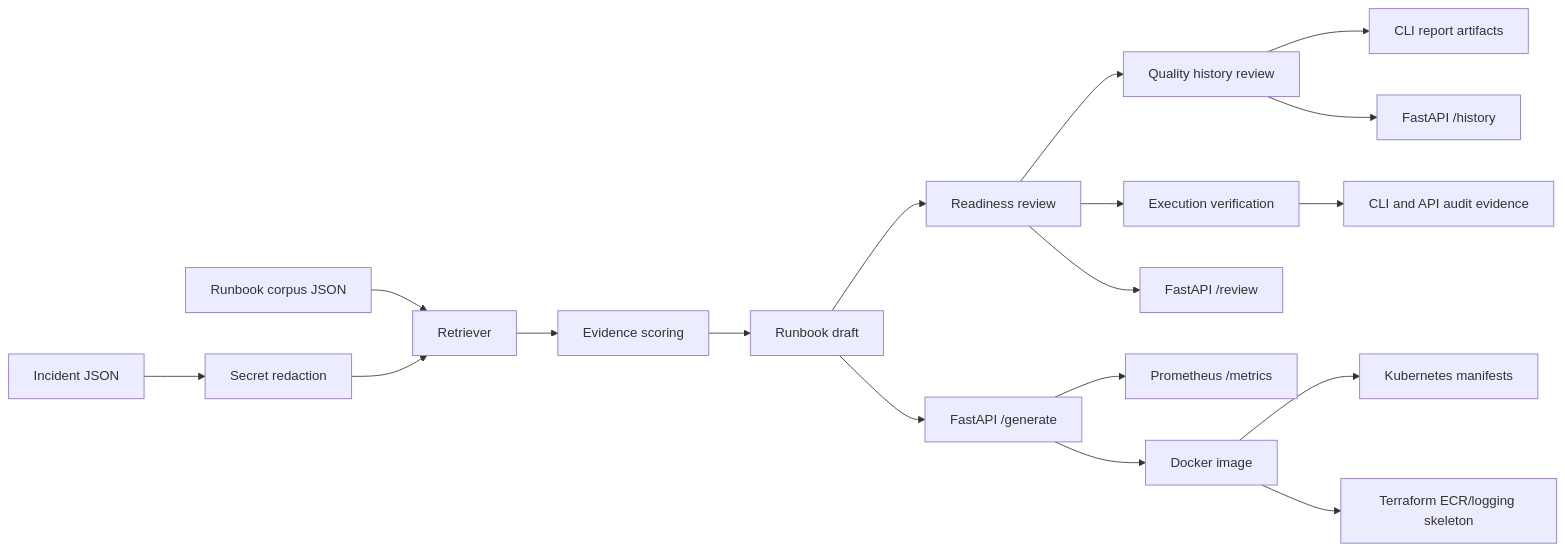
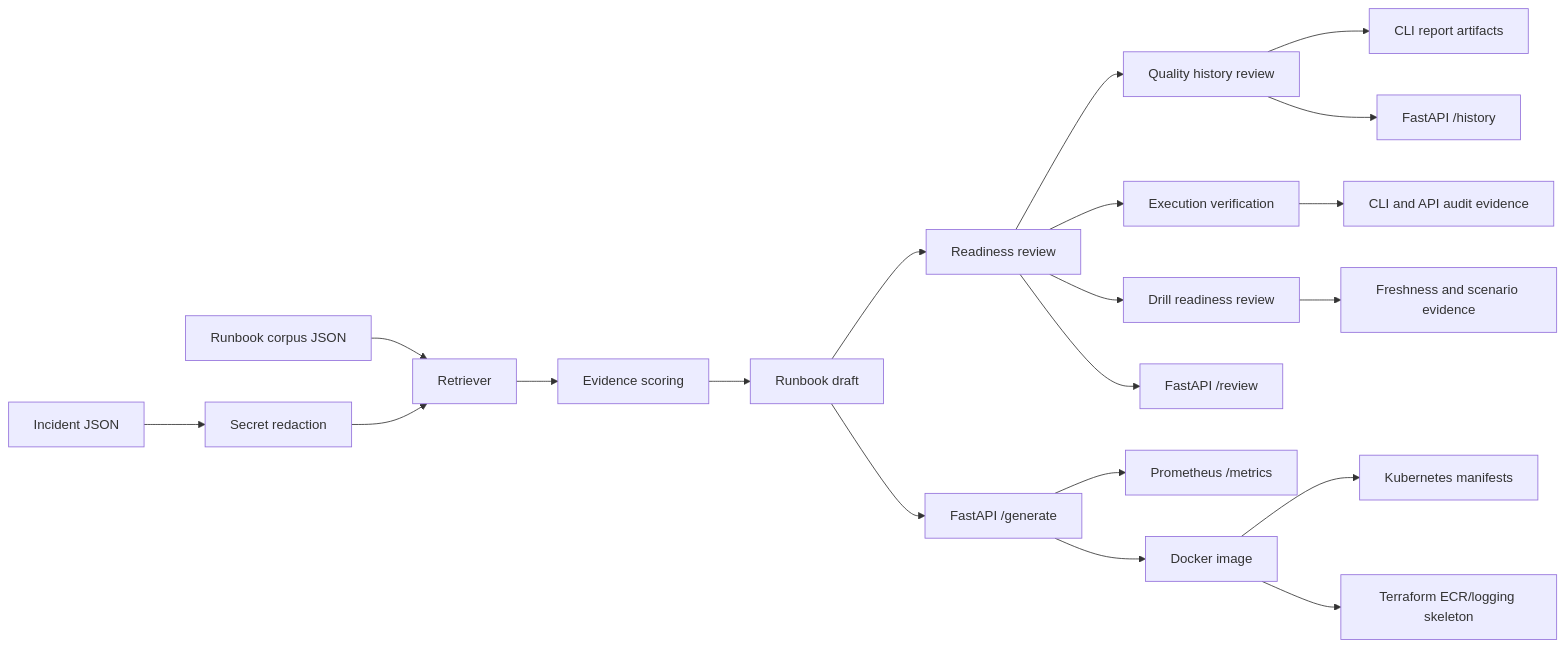
Before and after one commit to Nagadeepak1998/ai-incident-runbook-generator: the diagram in README.md, drawn with Mermaid. The commit also changed other lines of this file and 16 other files, not shown here.

Commit message:
Add runbook drill readiness gate

````diff
--- a/README.md
+++ b/README.md
@@ -34,20 +38,22 @@
 ```mermaid
 flowchart LR
     A[Incident JSON] --> B[Secret redaction]
     C[Runbook corpus JSON] --> D[Retriever]
     B --> D
     D --> E[Evidence scoring]
     E --> F[Runbook draft]
     F --> G[Readiness review]
     G --> H[Quality history review]
     G --> Q[Execution verification]
     Q --> R[CLI and API audit evidence]
+    G --> S[Drill readiness review]
+    S --> T[Freshness and scenario evidence]
     H --> I[CLI report artifacts]
     G --> J[FastAPI /review]
     F --> K[FastAPI /generate]
     H --> L[FastAPI /history]
     K --> M[Prometheus /metrics]
     K --> N[Docker image]
     N --> O[Kubernetes manifests]
     N --> P[Terraform ECR/logging skeleton]
 ```
````
